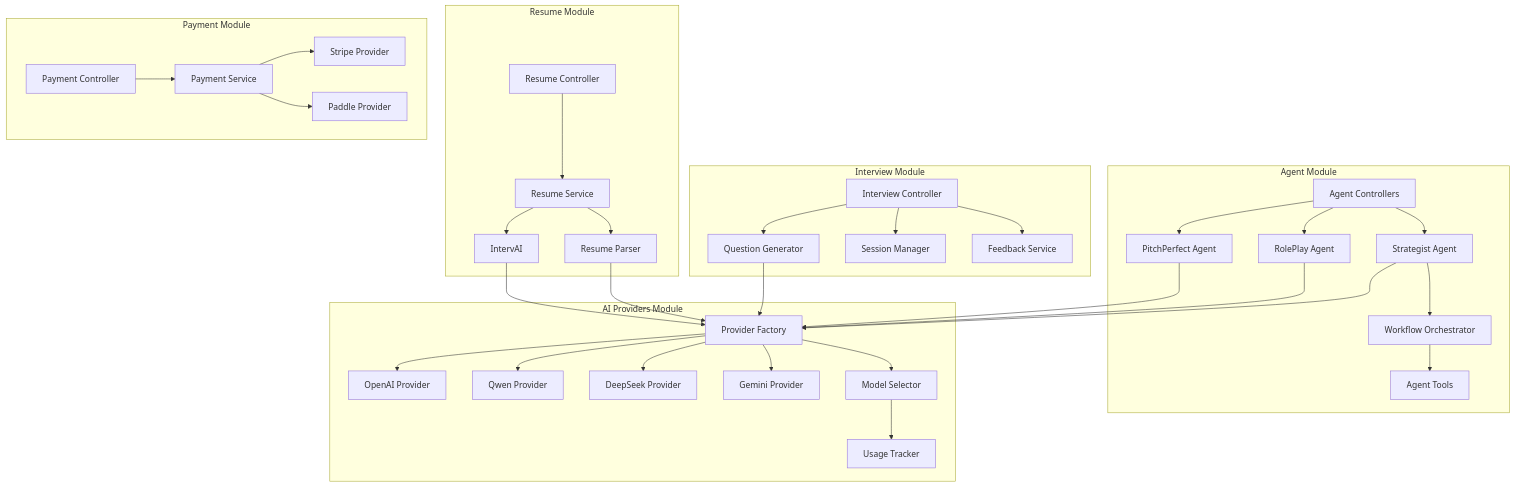
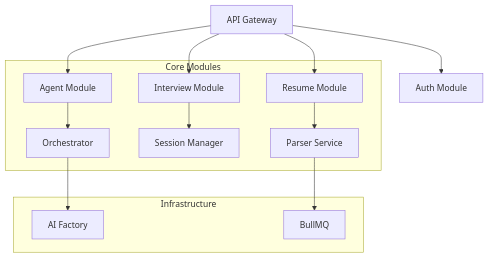
The third of 6 diagrams in docs/architecture/system-architecture.md (xuanyiying/IntervAI), drawn with Mermaid before and after one commit. The commit also changed other lines of this file and 5 other files, not shown here.

First line of the commit message:
docs: update documentation structure and system architecture

````diff
--- a/docs/architecture/system-architecture.md
+++ b/docs/architecture/system-architecture.md
@@ -173,74 +64,18 @@
 ```mermaid
 graph TB
-    subgraph "Agent Module"
-        AGENT_CTRL[Agent Controllers]
-        STRATEGIST[Strategist Agent]
-        ROLEPLAY[RolePlay Agent]
-        PITCHPERFECT[PitchPerfect Agent]
-        ORCHESTRATOR[Workflow Orchestrator]
-        TOOLS[Agent Tools]
+    Gateway[API Gateway] --> AuthMod[Auth Module]
+    Gateway --> ResumeMod[Resume Module]
+    Gateway --> InterviewMod[Interview Module]
+    Gateway --> AgentMod[Agent Module]
+
+    subgraph "Core Modules"
+        ResumeMod --> Parser[Parser Service]
+        InterviewMod --> Session[Session Manager]
+        AgentMod --> Orchestrator[Orchestrator]
     end
 
-    subgraph "AI Providers Module"
-        AI_FACTORY[Provider Factory]
-        OPENAI_PROVIDER[OpenAI Provider]
-        QWEN_PROVIDER[Qwen Provider]
-        DEEPSEEK_PROVIDER[DeepSeek Provider]
-        GEMINI_PROVIDER[Gemini Provider]
-        MODEL_SELECTOR[Model Selector]
-        USAGE_TRACKER[Usage Tracker]
+    subgraph "Infrastructure"
+        Orchestrator --> AI[AI Factory]
+        Parser --> Queue[BullMQ]
     end
-
-    subgraph "Interview Module"
-        INTERVIEW_CTRL[Interview Controller]
-        QUESTION_GEN[Question Generator]
-        SESSION_MGR[Session Manager]
-        FEEDBACK_SVC[Feedback Service]
-    end
-
-    subgraph "Resume Module"
-        RESUME_CTRL[Resume Controller]
-        RESUME_SVC[Resume Service]
-        PARSER[Resume Parser]
-        OPTIMIZER[IntervAI]
-    end
-
-    subgraph "Payment Module"
-        PAYMENT_CTRL[Payment Controller]
-        PAYMENT_SVC[Payment Service]
-        STRIPE_PROVIDER[Stripe Provider]
-        PADDLE_PROVIDER[Paddle Provider]
-    end
-
-    AGENT_CTRL --> STRATEGIST
-    AGENT_CTRL --> ROLEPLAY
-    AGENT_CTRL --> PITCHPERFECT
-    STRATEGIST --> ORCHESTRATOR
-    ORCHESTRATOR --> TOOLS
-
-    STRATEGIST --> AI_FACTORY
-    ROLEPLAY --> AI_FACTORY
-    PITCHPERFECT --> AI_FACTORY
-
-    AI_FACTORY --> OPENAI_PROVIDER
-    AI_FACTORY --> QWEN_PROVIDER
-    AI_FACTORY --> DEEPSEEK_PROVIDER
-    AI_FACTORY --> GEMINI_PROVIDER
-    AI_FACTORY --> MODEL_SELECTOR
-    MODEL_SELECTOR --> USAGE_TRACKER
-
-    INTERVIEW_CTRL --> QUESTION_GEN
-    INTERVIEW_CTRL --> SESSION_MGR
-    INTERVIEW_CTRL --> FEEDBACK_SVC
-    QUESTION_GEN --> AI_FACTORY
-
-    RESUME_CTRL --> RESUME_SVC
-    RESUME_SVC --> PARSER
-    RESUME_SVC --> OPTIMIZER
-    PARSER --> AI_FACTORY
-    OPTIMIZER --> AI_FACTORY
-
-    PAYMENT_CTRL --> PAYMENT_SVC
-    PAYMENT_SVC --> STRIPE_PROVIDER
-    PAYMENT_SVC --> PADDLE_PROVIDER
 ```
````
